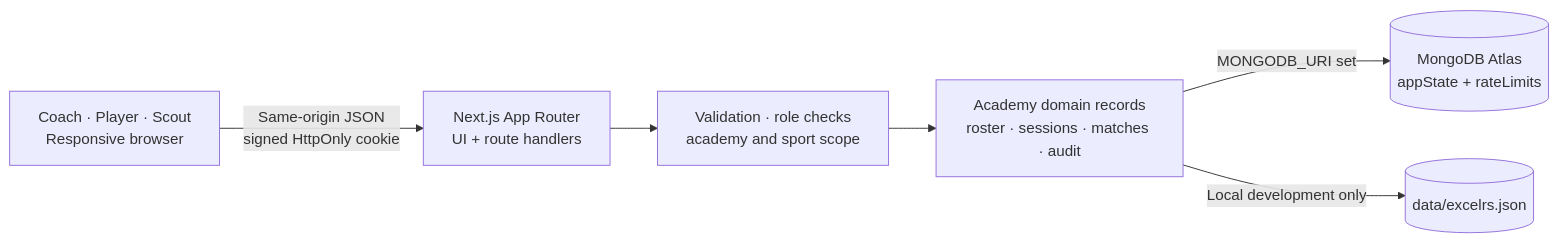
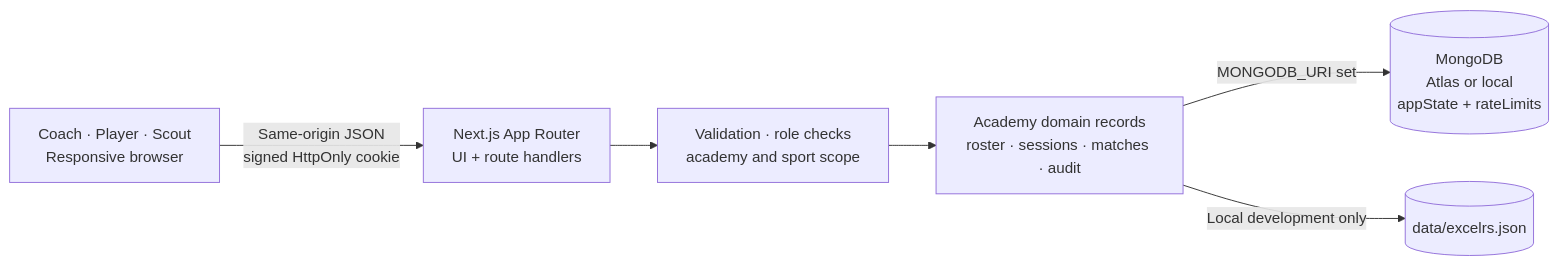
One commit to Sanket17052006/vibe-coding-challenge-2-0-TEAMZERO changed the diagram in README.md. Above: the diagram before and after it, drawn with Mermaid. The commit also changed other lines of this file and 8 other files, not shown here.

````diff
--- a/README.md
+++ b/README.md
@@ -65,8 +65,8 @@
 ```mermaid
 flowchart LR
   C[Coach · Player · Scout<br/>Responsive browser] -->|Same-origin JSON<br/>signed HttpOnly cookie| N[Next.js App Router<br/>UI + route handlers]
   N --> V[Validation · role checks<br/>academy and sport scope]
   V --> D[Academy domain records<br/>roster · sessions · matches · audit]
-  D -->|MONGODB_URI set| M[(MongoDB Atlas<br/>appState + rateLimits)]
+  D -->|MONGODB_URI set| M[(MongoDB<br/>Atlas or local<br/>appState + rateLimits)]
   D -->|Local development only| F[(data/excelrs.json)]
 ```
````
